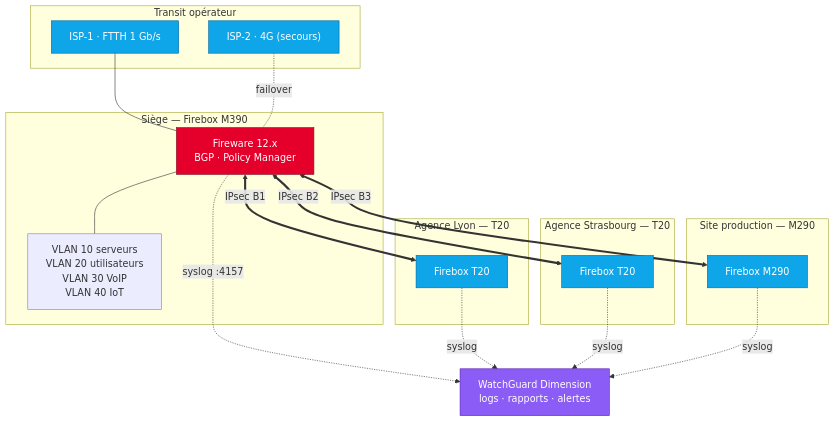
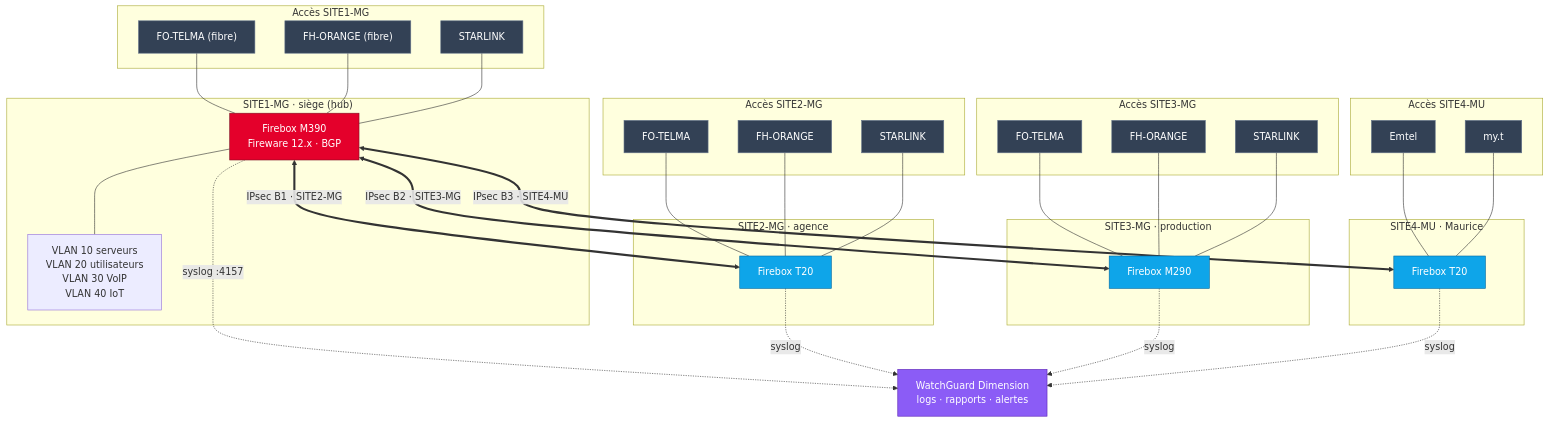
One commit to lenixras/watchguard_multi-site changed the first of 5 diagrams in README.md. Above: the diagram before and after it, drawn with Mermaid. The commit also changed other lines of this file and 2 other files, not shown here.

Commit message:
Rename sites to SITE1-MG/SITE2-MG/SITE3-MG/SITE4-MU with per-site ISP topology

````diff
--- a/README.md
+++ b/README.md
@@ -63,44 +71,62 @@
 ```mermaid
 flowchart TB
-    subgraph INT["Transit opérateur"]
-        ISP1["ISP-1 · FTTH 1 Gb/s"]
-        ISP2["ISP-2 · 4G (secours)"]
-    end
-
-    subgraph HQ["Siège — Firebox M390"]
-        FW0["Fireware 12.x<br/>BGP · Policy Manager"]
+    subgraph S1["SITE1-MG · siège (hub)"]
+        FW0["Firebox M390<br/>Fireware 12.x · BGP"]
         VLANs["VLAN 10 serveurs<br/>VLAN 20 utilisateurs<br/>VLAN 30 VoIP<br/>VLAN 40 IoT"]
         FW0 --- VLANs
     end
-
-    subgraph BR1["Agence Lyon — T20"]
+    subgraph S2["SITE2-MG · agence"]
         FW1["Firebox T20"]
     end
-    subgraph BR2["Agence Strasbourg — T20"]
-        FW2["Firebox T20"]
+    subgraph S3["SITE3-MG · production"]
+        FW2["Firebox M290"]
     end
-    subgraph BR3["Site production — M290"]
-        FW3["Firebox M290"]
+    subgraph S4["SITE4-MU · Maurice"]
+        FW3["Firebox T20"]
+    end
+
+    subgraph W1["Accès SITE1-MG"]
+        A1["FO-TELMA (fibre)"]
+        A2["FH-ORANGE (fibre)"]
+        A3["STARLINK"]
+    end
+    subgraph W2["Accès SITE2-MG"]
+        A4["FO-TELMA"]
+        A5["FH-ORANGE"]
+        A6["STARLINK"]
+    end
+    subgraph W3["Accès SITE3-MG"]
+        A7["FO-TELMA"]
+        A8["FH-ORANGE"]
+        A9["STARLINK"]
+    end
+    subgraph W4["Accès SITE4-MU"]
+        A10["Emtel"]
+        A11["my.t"]
     end
 
     DIM["WatchGuard Dimension<br/>logs · rapports · alertes"]
 
-    ISP1 --- FW0
-    ISP2 -. "failover" .- FW0
+    A1 & A2 & A3 --- FW0
+    A4 & A5 & A6 --- FW1
+    A7 & A8 & A9 --- FW2
+    A10 & A11 --- FW3
 
-    FW0 <==>|IPsec B1| FW1
-    FW0 <==>|IPsec B2| FW2
-    FW0 <==>|IPsec B3| FW3
+    FW0 <==>|IPsec B1 · SITE2-MG| FW1
+    FW0 <==>|IPsec B2 · SITE3-MG| FW2
+    FW0 <==>|IPsec B3 · SITE4-MU| FW3
 
     FW0 -. "syslog :4157" .-> DIM
     FW1 -. syslog .-> DIM
     FW2 -. syslog .-> DIM
     FW3 -. syslog .-> DIM
 
     classDef wg fill:#e4002b,stroke:#7f1024,color:#fff
     classDef fw fill:#0ea5e9,stroke:#0369a1,color:#fff
+    classDef isp fill:#334155,stroke:#64748b,color:#fff
     classDef dim fill:#8b5cf6,stroke:#5b21b6,color:#fff
     class FW0 wg
-    class FW1,FW2,FW3,ISP1,ISP2 fw
+    class FW1,FW2,FW3 fw
+    class A1,A2,A3,A4,A5,A6,A7,A8,A9,A10,A11 isp
     class DIM dim
 ```
````
